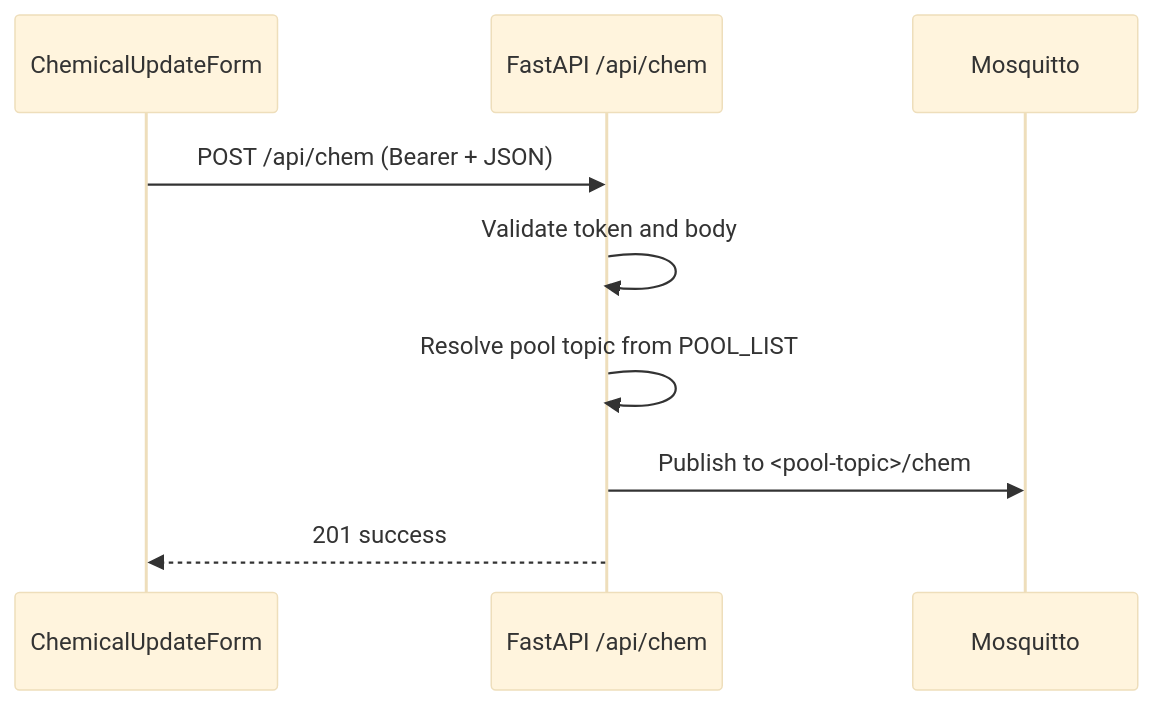
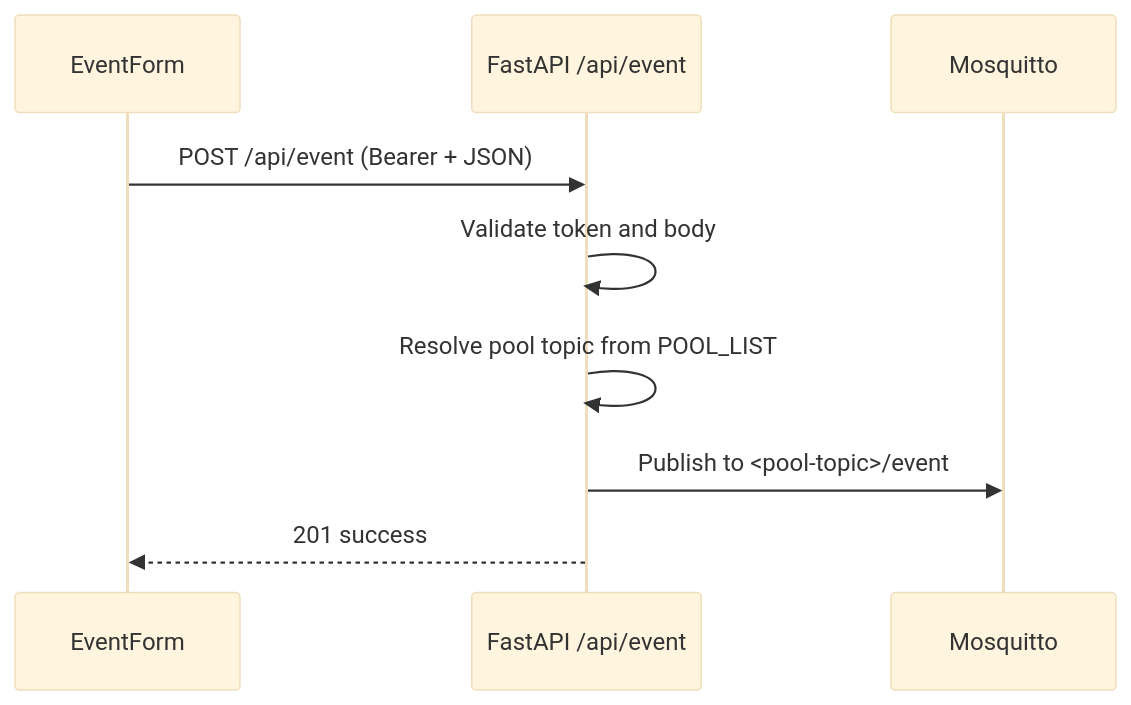
Before and after one commit to the-real-orca/Pool-Monitoring-WebApp: the diagram in docs/Pool-Monitoring - Technical Specification (TSD).md, drawn with Mermaid (base theme). The commit also changed other lines of this file and 17 other files, not shown here.

First line of the commit message:
feat: Event form stepper polish + UI Germanization (Phase 26) docs: sync FSD/TSD/plan with Phase 25+26 + bump backend APP_VERSION to 2.0 (Phase 27) [OpenCode / minimax-m3-free]

````diff
--- a/docs/Pool-Monitoring - Technical Specification (TSD).md
+++ b/docs/Pool-Monitoring - Technical Specification (TSD).md
@@ -2315,12 +2402,12 @@
 ```mermaid
 sequenceDiagram
-    participant UI as ChemicalUpdateForm
-    participant API as FastAPI /api/chem
+    participant UI as EventForm
+    participant API as FastAPI /api/event
     participant MQTT as Mosquitto
 
-    UI->>API: POST /api/chem (Bearer + JSON)
+    UI->>API: POST /api/event (Bearer + JSON)
     API->>API: Validate token and body
     API->>API: Resolve pool topic from POOL_LIST
-    API->>MQTT: Publish to <pool-topic>/chem
+    API->>MQTT: Publish to <pool-topic>/event
     API-->>UI: 201 success
 ```
````
